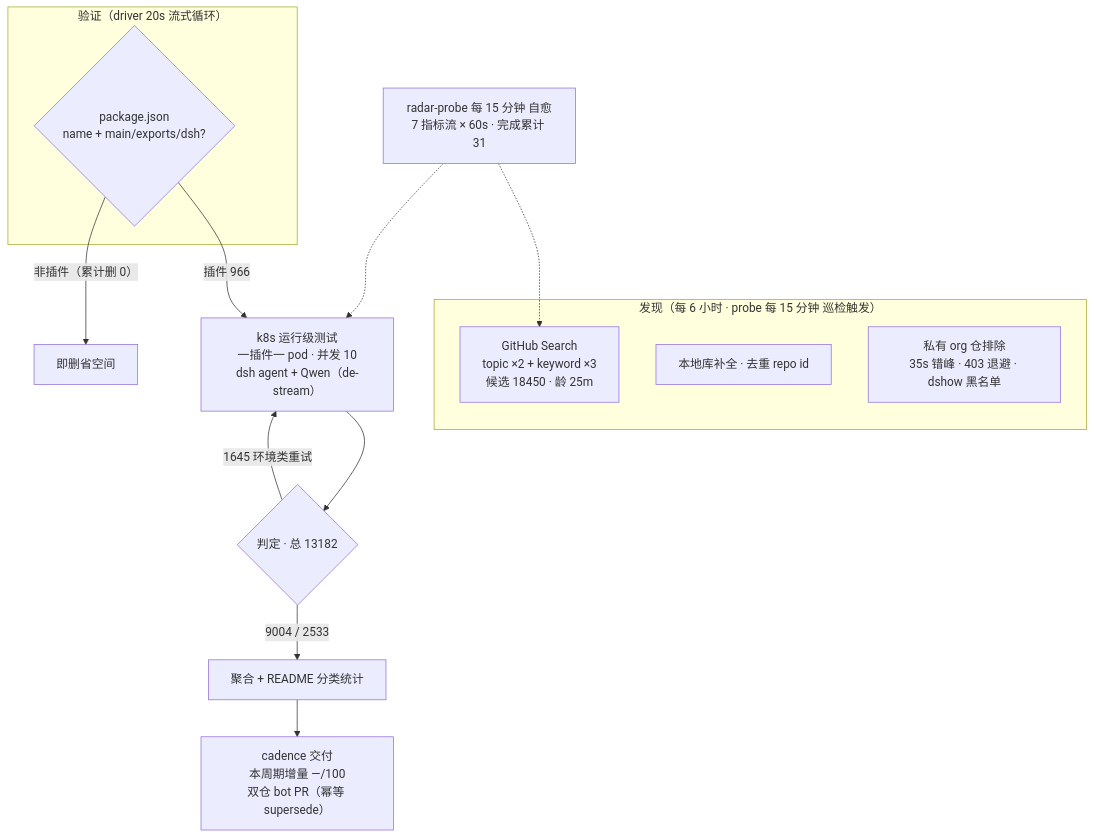
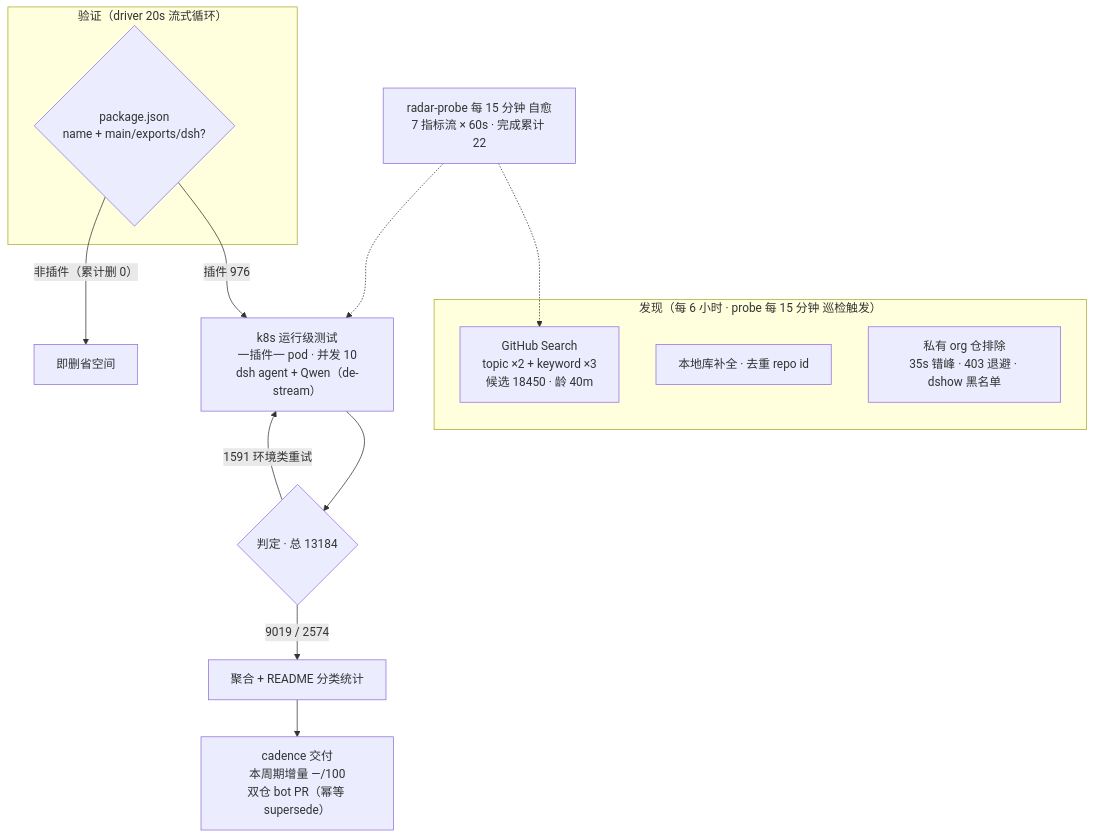
The diagram in README.md (AdamPlatin123/awesome-dsh-plugins), drawn with Mermaid before and after one commit. The commit also changed other lines of this file and 13 other files, not shown here.

````diff
--- a/README.md
+++ b/README.md
@@ -52,20 +52,20 @@
 ```mermaid
 flowchart TB
     subgraph Discovery["发现（每 6 小时 · probe 每 15 分钟 巡检触发）"]
-        A1["GitHub Search<br/>topic ×2 + keyword ×3<br/>候选 18450 · 龄 25m"]
+        A1["GitHub Search<br/>topic ×2 + keyword ×3<br/>候选 18450 · 龄 40m"]
         A2["本地库补全 · 去重 repo id"]
         A3["私有 org 仓排除<br/>35s 错峰 · 403 退避 · dshow 黑名单"]
     end
     subgraph Validation["验证（driver 20s 流式循环）"]
         B1{"package.json<br/>name + main/exports/dsh?"}
     end
-    B1 -->|"插件 966"| C1["k8s 运行级测试<br/>一插件一 pod · 并发 10<br/>dsh agent + Qwen（de-stream）"]
+    B1 -->|"插件 976"| C1["k8s 运行级测试<br/>一插件一 pod · 并发 10<br/>dsh agent + Qwen（de-stream）"]
     B1 -->|"非插件（累计删 0）"| B3["即删省空间"]
-    C1 --> D1{"判定 · 总 13182"}
-    D1 -->|"9004 / 2533"| E1["聚合 + README 分类统计"]
-    D1 -->|"1645 环境类重试"| C1
+    C1 --> D1{"判定 · 总 13184"}
+    D1 -->|"9019 / 2574"| E1["聚合 + README 分类统计"]
+    D1 -->|"1591 环境类重试"| C1
     E1 --> E2["cadence 交付<br/>本周期增量 —/100<br/>双仓 bot PR（幂等 supersede）"]
-    M["radar-probe 每 15 分钟 自愈<br/>7 指标流 × 60s · 完成累计 31"]
+    M["radar-probe 每 15 分钟 自愈<br/>7 指标流 × 60s · 完成累计 22"]
     M -.-> A1
     M -.-> C1
 ```
````
